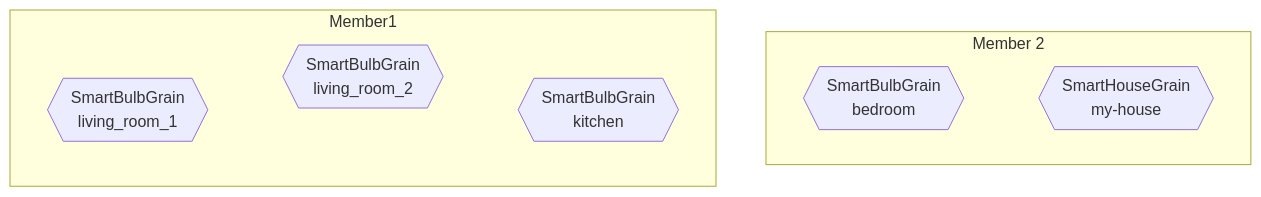
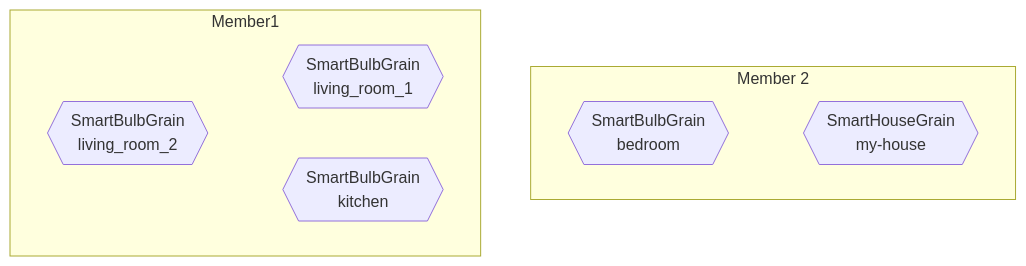
The diagram in hugo/content/docs/cluster/getting-started-net.md (asynkron/protoactor-website), drawn with Mermaid before and after one commit.

````diff
--- a/hugo/content/docs/cluster/getting-started-net.md
+++ b/hugo/content/docs/cluster/getting-started-net.md
@@ -773,34 +773,32 @@
 ```mermaid
 graph TB
 a1{{SmartBulbGrain<br/>living_room_1}}
 class a1 blue
 a2{{SmartBulbGrain<br/>living_room_2}}
 class a2 blue
 a3{{SmartBulbGrain<br/>kitchen}}
 class a3 blue
 
 a4{{SmartBulbGrain<br/>bedroom}}
 class a4 blue
 a5{{SmartHouseGrain<br/>my-house}}
 class a5 red
 
 subgraph Member 2
     a4
     a5
 end
 
 subgraph Member1
     a1
     a2
     a3
 end
 
-a1-->a2
+a2-->a1
 a2-->a3
-a3-->a1
 
 a4-->a5
-a5-->a4
 
 linkStyle default display:none;
 ```
````
